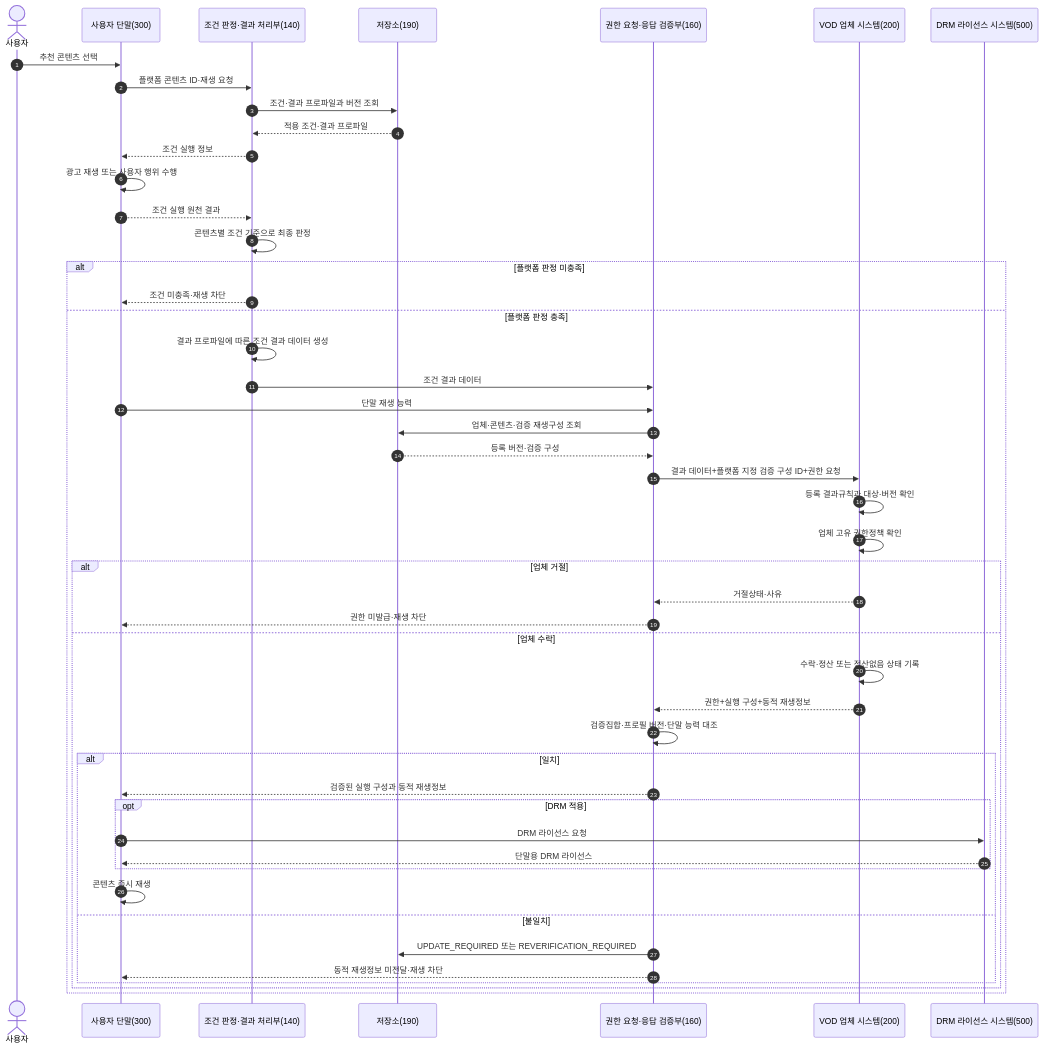
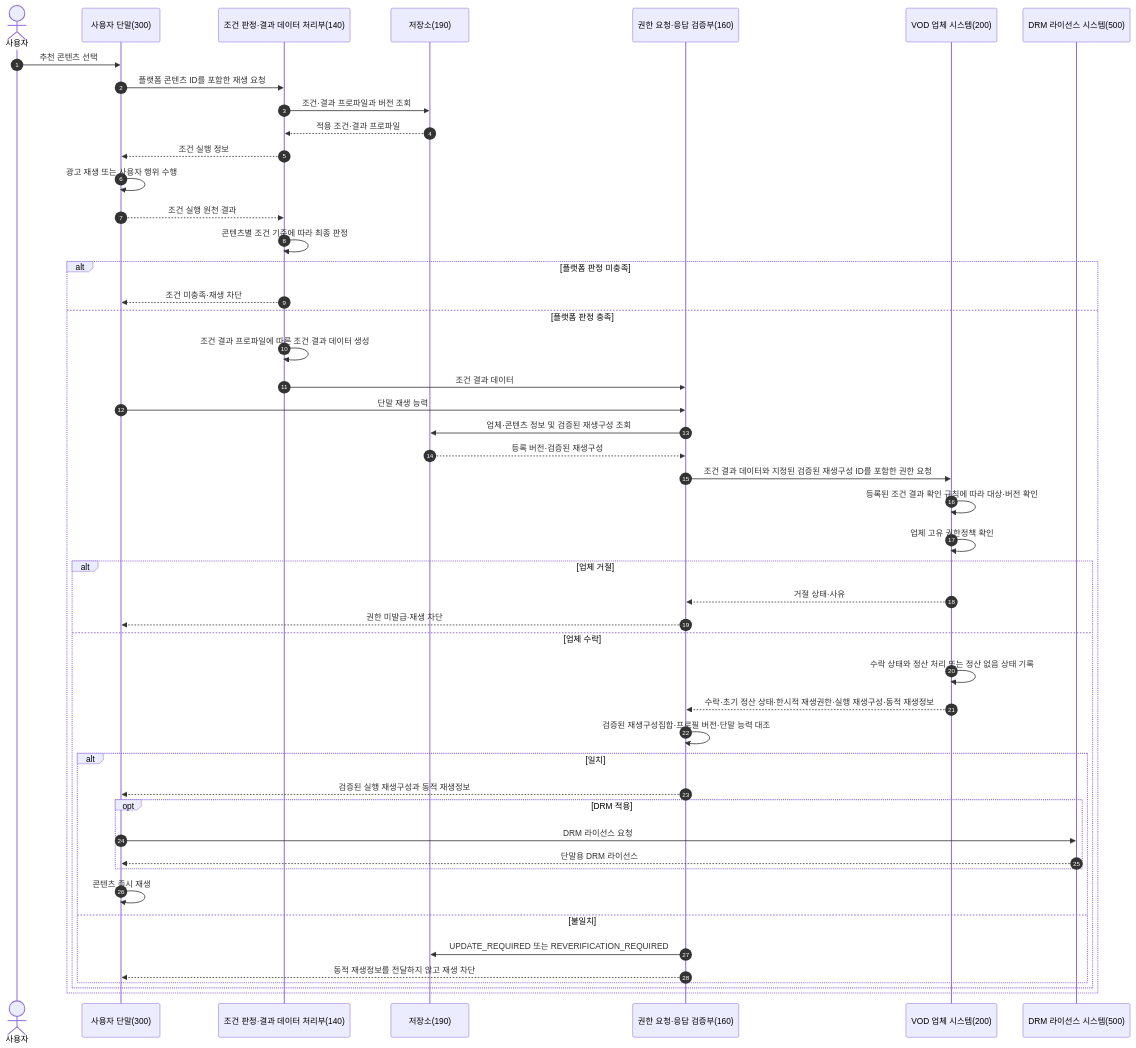
Before and after one commit to growdai1y/instant-play: the sixth of 14 diagrams in instant_play_직무발명서_개선본.md, drawn with Mermaid. The commit also changed other lines of this file and 10 other files, not shown here.

````diff
--- a/instant_play_직무발명서_개선본.md
+++ b/instant_play_직무발명서_개선본.md
@@ -977,53 +979,53 @@
 ```mermaid
 sequenceDiagram
     autonumber
     actor U as 사용자
     participant D as 사용자 단말(300)
-    participant P as 조건 판정·결과 처리부(140)
+    participant P as 조건 판정·결과 데이터 처리부(140)
     participant S as 저장소(190)
     participant G as 권한 요청·응답 검증부(160)
     participant V as VOD 업체 시스템(200)
     participant L as DRM 라이선스 시스템(500)
 
     U->>D: 추천 콘텐츠 선택
-    D->>P: 플랫폼 콘텐츠 ID·재생 요청
+    D->>P: 플랫폼 콘텐츠 ID를 포함한 재생 요청
     P->>S: 조건·결과 프로파일과 버전 조회
     S-->>P: 적용 조건·결과 프로파일
     P-->>D: 조건 실행 정보
     D->>D: 광고 재생 또는 사용자 행위 수행
     D-->>P: 조건 실행 원천 결과
-    P->>P: 콘텐츠별 조건 기준으로 최종 판정
+    P->>P: 콘텐츠별 조건 기준에 따라 최종 판정
 
     alt 플랫폼 판정 미충족
         P-->>D: 조건 미충족·재생 차단
     else 플랫폼 판정 충족
-        P->>P: 결과 프로파일에 따른 조건 결과 데이터 생성
+        P->>P: 조건 결과 프로파일에 따른 조건 결과 데이터 생성
         P->>G: 조건 결과 데이터
         D->>G: 단말 재생 능력
-        G->>S: 업체·콘텐츠·검증 재생구성 조회
-        S-->>G: 등록 버전·검증 구성
-        G->>V: 결과 데이터+플랫폼 지정 검증 구성 ID+권한 요청
-        V->>V: 등록 결과규칙과 대상·버전 확인
+        G->>S: 업체·콘텐츠 정보 및 검증된 재생구성 조회
+        S-->>G: 등록 버전·검증된 재생구성
+        G->>V: 조건 결과 데이터와 지정된 검증된 재생구성 ID를 포함한 권한 요청
+        V->>V: 등록된 조건 결과 확인 규칙에 따라 대상·버전 확인
         V->>V: 업체 고유 권한정책 확인
 
         alt 업체 거절
-            V-->>G: 거절상태·사유
+            V-->>G: 거절 상태·사유
             G-->>D: 권한 미발급·재생 차단
         else 업체 수락
-            V->>V: 수락·정산 또는 정산없음 상태 기록
-            V-->>G: 권한+실행 구성+동적 재생정보
-            G->>G: 검증집합·프로필 버전·단말 능력 대조
+            V->>V: 수락 상태와 정산 처리 또는 정산 없음 상태 기록
+            V-->>G: 수락·초기 정산 상태·한시적 재생권한·실행 재생구성·동적 재생정보
+            G->>G: 검증된 재생구성집합·프로필 버전·단말 능력 대조
             alt 일치
-                G-->>D: 검증된 실행 구성과 동적 재생정보
+                G-->>D: 검증된 실행 재생구성과 동적 재생정보
                 opt DRM 적용
                     D->>L: DRM 라이선스 요청
                     L-->>D: 단말용 DRM 라이선스
                 end
                 D->>D: 콘텐츠 즉시 재생
             else 불일치
                 G->>S: UPDATE_REQUIRED 또는 REVERIFICATION_REQUIRED
-                G-->>D: 동적 재생정보 미전달·재생 차단
+                G-->>D: 동적 재생정보를 전달하지 않고 재생 차단
             end
         end
     end
 ```
````
